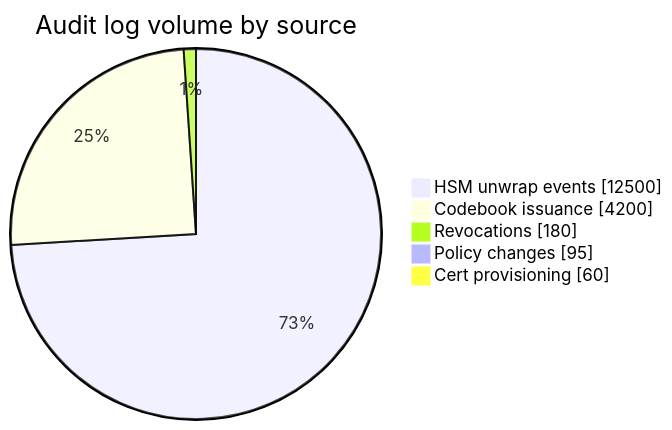
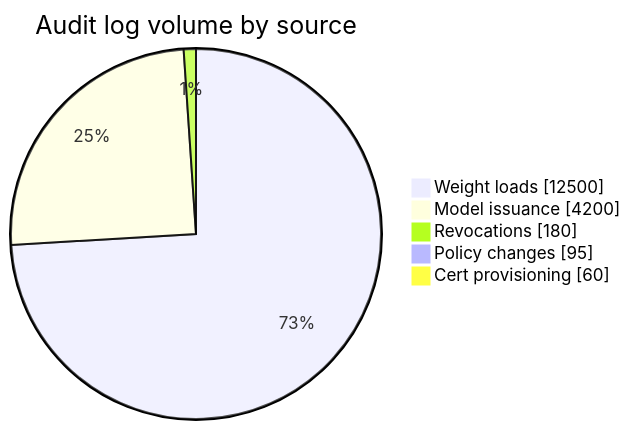
Before and after one commit to SlideWright/lattice: the eighth of 25 diagrams in lib/components/diagram/diagram/diagram.gallery.md, drawn with Mermaid. The commit also changed other lines of this file and 4 other files, not shown here.

First line of the commit message:
content: re-theme the diagram + baseline showcase decks off codebook

````diff
--- a/lib/components/diagram/diagram/diagram.gallery.md
+++ b/lib/components/diagram/diagram/diagram.gallery.md
@@ -251,9 +251,9 @@
 ```mermaid
 pie showData
   title Audit log volume by source
-  "HSM unwrap events" : 12500
-  "Codebook issuance" : 4200
+  "Weight loads" : 12500
+  "Model issuance" : 4200
   "Revocations" : 180
   "Policy changes" : 95
   "Cert provisioning" : 60
 ```
````
